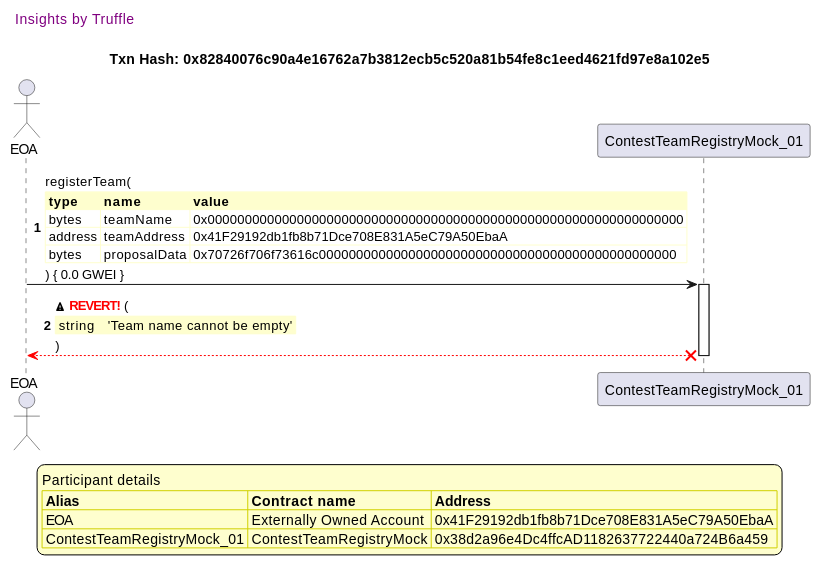
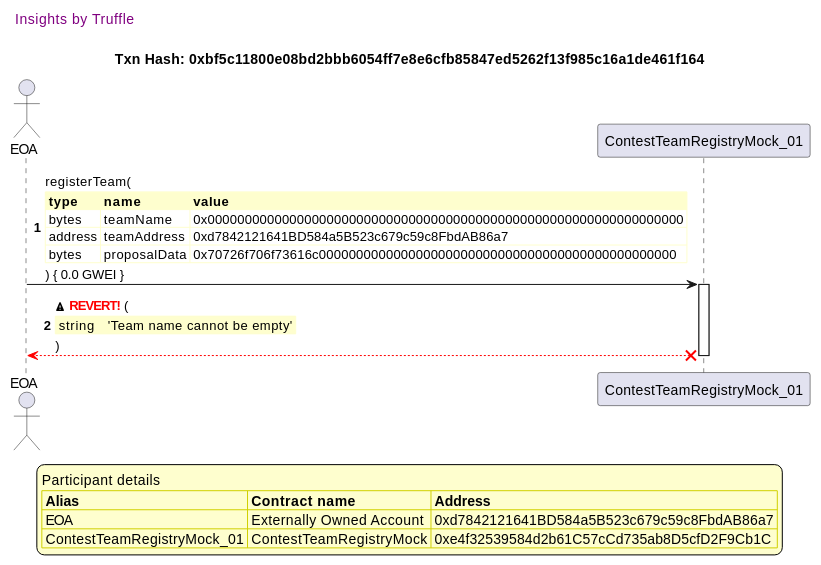
Diagram 11 of 50 in truffle-seq/core_contestteamregistry.md (fodisi/hackapay), drawn with PlantUML before and after one commit. The commit also changed other lines of this file and 10 other files, not shown here.

````diff
--- a/truffle-seq/core_contestteamregistry.md
+++ b/truffle-seq/core_contestteamregistry.md
@@ -486,45 +486,45 @@
 ```plantuml
 
 
 @startuml
 
 autonumber
 skinparam legendBackgroundColor #FEFECE
 
 <style>
       header {
         HorizontalAlignment left
         FontColor purple
         FontSize 14
         Padding 10
       }
     </style>
 
 header Insights by Truffle
 
-title Txn Hash: 0x82840076c90a4e16762a7b3812ecb5c520a81b54fe8c1eed4621fd97e8a102e5
+title Txn Hash: 0xbf5c11800e08bd2bbb6054ff7e8e6cfb85847ed5262f13f985c16a1de461f164
 
 
 actor EOA as "EOA"
 participant ContestTeamRegistryMock_01 as "ContestTeamRegistryMock_01"
 
 "EOA" -> "ContestTeamRegistryMock_01" ++: registerTeam(\n\
 <#FEFECE,#FEFECE>|= type |= name |= value |\n\
 | bytes | teamName | 0x0000000000000000000000000000000000000000000000000000000000000000 |\n\
-| address | teamAddress | 0x41F29192db1fb8b71Dce708E831A5eC79A50EbaA |\n\
+| address | teamAddress | 0xd7842121641BD584a5B523c679c59c8FbdAB86a7 |\n\
 | bytes | proposalData | 0x70726f706f73616c000000000000000000000000000000000000000000000000 |\n\
 ) { 0.0 GWEI }
 "ContestTeamRegistryMock_01" x-[#red]-> "EOA" --: <&warning> <color #red>**REVERT!**</color> (\n\
 <#FEFECE,#FEFECE>| string |  | 'Team name cannot be empty' |\n\
 )
 deactivate "ContestTeamRegistryMock_01"
 
 legend
 Participant details
 <#FEFECE,#D0D000>|= Alias |= Contract name |= Address |
-<#FEFECE>| EOA | Externally Owned Account | 0x41F29192db1fb8b71Dce708E831A5eC79A50EbaA |
-<#FEFECE>| ContestTeamRegistryMock_01 | ContestTeamRegistryMock | 0x38d2a96e4Dc4ffcAD1182637722440a724B6a459 |
+<#FEFECE>| EOA | Externally Owned Account | 0xd7842121641BD584a5B523c679c59c8FbdAB86a7 |
+<#FEFECE>| ContestTeamRegistryMock_01 | ContestTeamRegistryMock | 0xe4f32539584d2b61C57cCd735ab8D5cfD2F9Cb1C |
 endlegend
 
 @enduml
 ```
````
